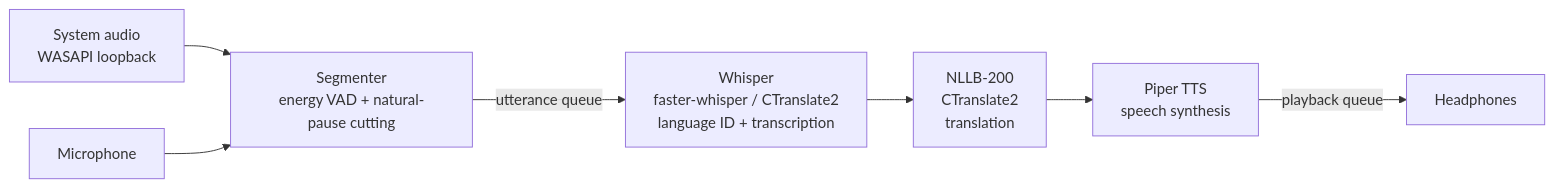
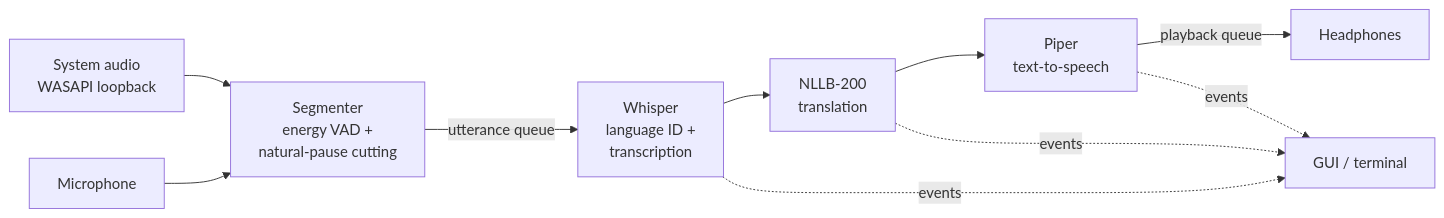
The diagram in README.md (Ferpajr/realtime-voice-translator), drawn with Mermaid before and after one commit. The commit also changed other lines of this file and 23 other files, not shown here.

Commit message:
Modular architecture, test suite with CI, desktop GUI and PT-BR improvements

````diff
--- a/README.md
+++ b/README.md
@@ -23,9 +33,10 @@
 ```mermaid
 flowchart LR
     A[System audio<br/>WASAPI loopback] --> C
     B[Microphone] --> C
-    C[Segmenter<br/>energy VAD + natural-pause cutting] -->|utterance queue| D
-    D[Whisper<br/>faster-whisper / CTranslate2<br/>language ID + transcription] --> E
-    E[NLLB-200<br/>CTranslate2<br/>translation] --> F
-    F[Piper TTS<br/>speech synthesis] -->|playback queue| G[Headphones]
+    C[Segmenter<br/>energy VAD +<br/>natural-pause cutting] -->|utterance queue| D
+    D[Whisper<br/>language ID +<br/>transcription] --> E[NLLB-200<br/>translation]
+    E --> F[Piper<br/>text-to-speech]
+    F -->|playback queue| G[Headphones]
+    D & E & F -.->|events| H[GUI / terminal]
 ```
````
